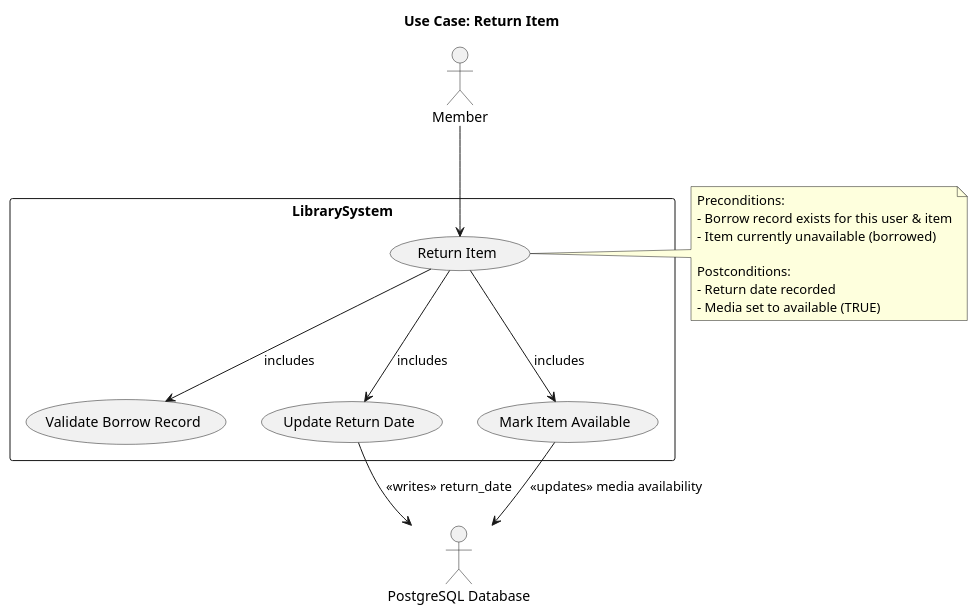
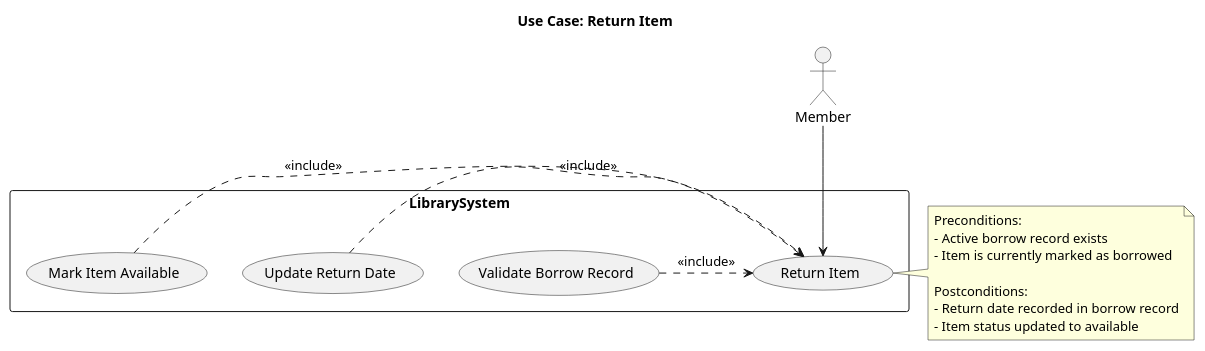
Before and after one commit to Frozen-Potato/WhateverTheFuckThisIs: the second of 2 diagrams in Main Example/Library/Diagrams/Use-case.md, drawn with PlantUML. The commit also changed other lines of this file, not shown here.

````diff
--- a/Main Example/Library/Diagrams/Use-case.md
+++ b/Main Example/Library/Diagrams/Use-case.md
@@ -36,31 +35,32 @@
 ```plantuml
 @startuml
 title Use Case: Return Item
 
 actor "Member" as Member
-actor "PostgreSQL Database" as DB
+
 rectangle LibrarySystem {
     usecase "Return Item" as UC_Return
     usecase "Validate Borrow Record" as UC_Validate
     usecase "Update Return Date" as UC_UpdateDate
     usecase "Mark Item Available" as UC_Available
 }
 
 Member --> UC_Return
-UC_Return --> UC_Validate : includes
-UC_Return --> UC_UpdateDate : includes
-UC_Return --> UC_Available : includes
-UC_UpdateDate --> DB : <<writes>> return_date
-UC_Available --> DB : <<updates>> media availability
+
+UC_Validate .> UC_Return : <<include>>
+UC_UpdateDate .> UC_Return : <<include>>
+UC_Available .> UC_Return : <<include>>
 
 note right of UC_Return
   Preconditions:
-  - Borrow record exists for this user & item
-  - Item currently unavailable (borrowed)
+  - Active borrow record exists
+  - Item is currently marked as borrowed
+  
+  Postconditions:
+  - Return date recorded in borrow record
+  - Item status updated to available
+end note
 
-  Postconditions:
-  - Return date recorded
-  - Media set to available (TRUE)
-end note
 @enduml
+
 ```
````
